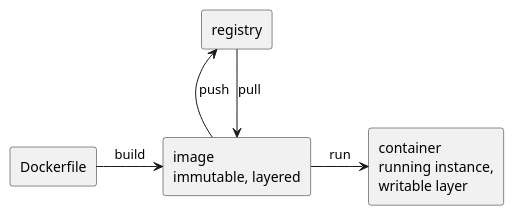
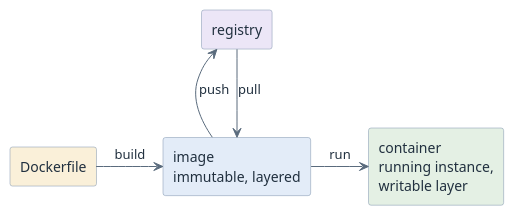
The first of 2 diagrams in modules/docker-basics/questions.adoc (htl-leonding-college/curriculum-syp3), drawn with PlantUML before and after one commit. The commit also changed other lines of this file and 65 other files, not shown here.

First line of the commit message:
feat(site): give the diagrams a semantic pastel palette

```diff
--- a/modules/docker-basics/questions.adoc
+++ b/modules/docker-basics/questions.adoc
@@ -62,15 +62,18 @@
 [plantuml,q-image-container-registry,svg]
 ----
 @startuml
-skinparam monochrome true
+<style>
+element { BackgroundColor #EDF3FA; LineColor #7C93AD; FontColor #21303F }
+arrow { LineColor #5A6B7D; FontColor #21303F }
+</style>
 skinparam shadowing false
-rectangle "Dockerfile" as D
-rectangle "image\nimmutable, layered" as I
-rectangle "container\nrunning instance,\nwritable layer" as C
-rectangle "registry" as R
+rectangle "Dockerfile" as D #FAF0D9
+rectangle "image\nimmutable, layered" as I #E3ECF8
+rectangle "container\nrunning instance,\nwritable layer" as C #E4F0E4
+rectangle "registry" as R #ECE6F7
 D -right-> I : build
 I -right-> C : run
 I -up-> R : push
 R -down-> I : pull
 @enduml
 ----
```
